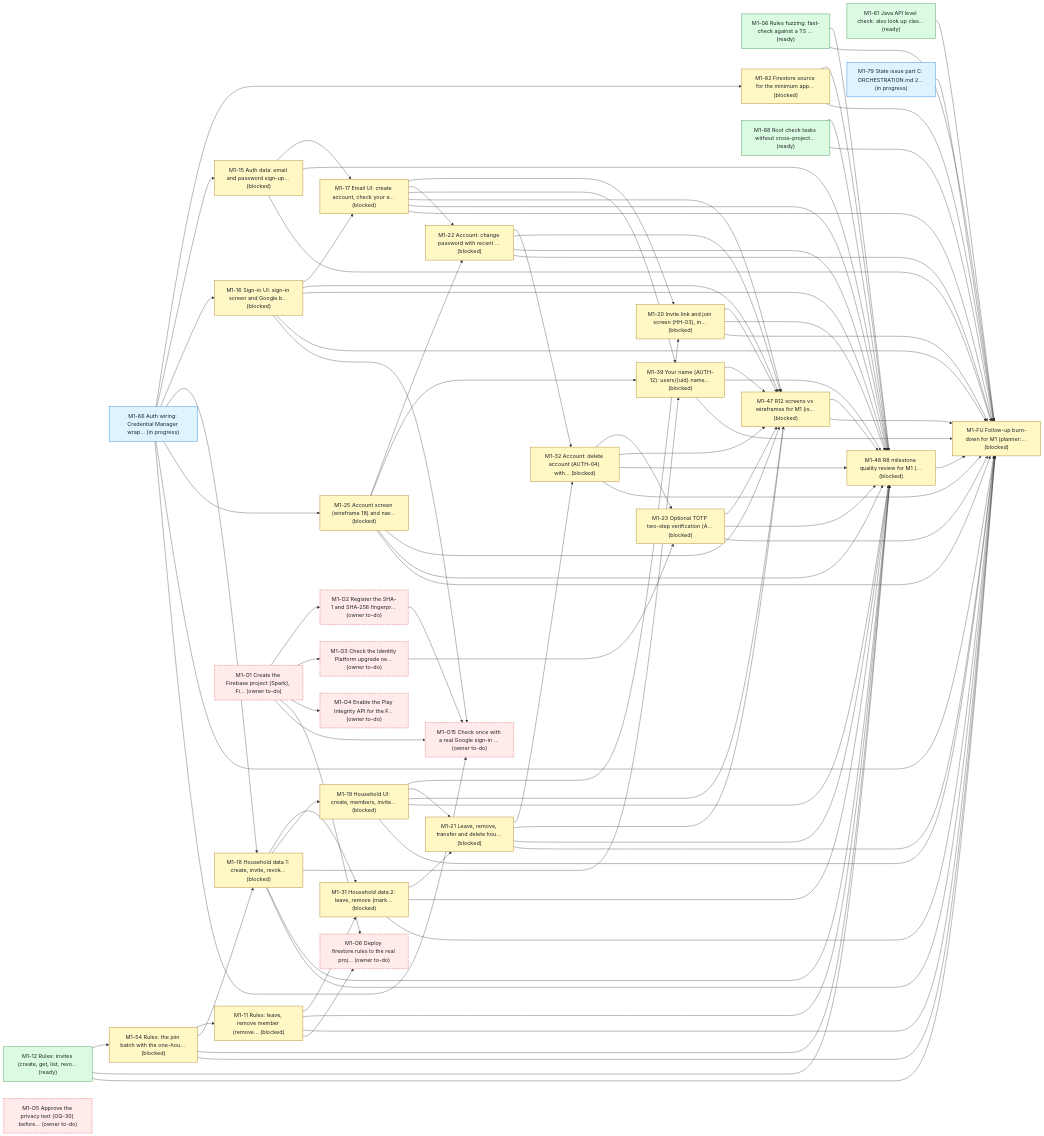
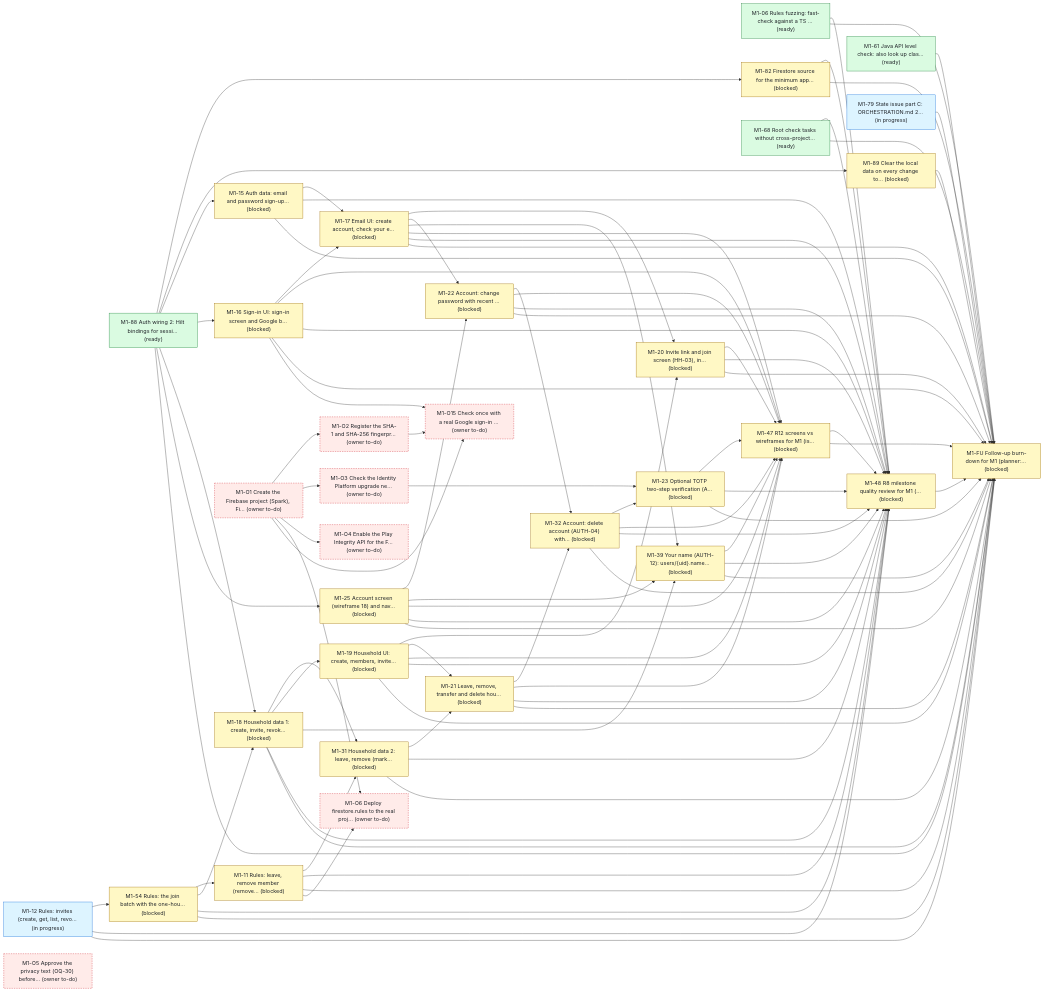
Before and after one commit to bondo/listicles2: the first of 3 diagrams in status.md, drawn with Mermaid. The commit also changed other lines of this file and 3 other files, not shown here.

```diff
--- a/status.md
+++ b/status.md
@@ -227,125 +229,127 @@
 flowchart LR
     n0["M1-06 Rules fuzzing: fast-check against a TS … (ready)"]:::ready
     n1["M1-11 Rules: leave, remove member (remove… (blocked)"]:::blocked
-    n2["M1-12 Rules: invites (create, get, list, revo… (ready)"]:::ready
+    n2["M1-12 Rules: invites (create, get, list, revo… (in progress)"]:::progress
     n3["M1-82 Firestore source for the minimum app… (blocked)"]:::blocked
-    n4["M1-66 Auth wiring: Credential Manager wrap… (in progress)"]:::progress
-    n5["M1-15 Auth data: email and password sign-up… (blocked)"]:::blocked
-    n6["M1-16 Sign-in UI: sign-in screen and Google b… (blocked)"]:::blocked
-    n7["M1-17 Email UI: create account, check your e… (blocked)"]:::blocked
-    n8["M1-18 Household data 1: create, invite, revok… (blocked)"]:::blocked
-    n9["M1-31 Household data 2: leave, remove (mark… (blocked)"]:::blocked
-    n10["M1-19 Household UI: create, members, invite… (blocked)"]:::blocked
-    n11["M1-20 Invite link and join screen (HH-03), in… (blocked)"]:::blocked
-    n12["M1-21 Leave, remove, transfer and delete hou… (blocked)"]:::blocked
-    n13["M1-22 Account: change password with recent … (blocked)"]:::blocked
-    n14["M1-32 Account: delete account (AUTH-04) with… (blocked)"]:::blocked
-    n15["M1-23 Optional TOTP two-step verification (A… (blocked)"]:::blocked
-    n16["M1-25 Account screen (wireframe 18) and nav… (blocked)"]:::blocked
-    n17["M1-54 Rules: the join batch with the one-hou… (blocked)"]:::blocked
-    n18["M1-61 Java API level check: also look up clas… (ready)"]:::ready
-    n19["M1-39 Your name (AUTH-12): users/{uid}.name… (blocked)"]:::blocked
-    n20["M1-68 Root check tasks without cross-project… (ready)"]:::ready
-    n21["M1-47 R12 screens vs wireframes for M1 (is… (blocked)"]:::blocked
-    n22["M1-48 R8 milestone quality review for M1 (… (blocked)"]:::blocked
-    n23["M1-79 State issue part C: ORCHESTRATION.md 2… (in progress)"]:::progress
-    n24["M1-FU Follow-up burn-down for M1 (planner:… (blocked)"]:::blocked
-    n25["M1-O1 Create the Firebase project (Spark), Fi… (owner to-do)"]:::owner
-    n26["M1-O2 Register the SHA-1 and SHA-256 fingerpr… (owner to-do)"]:::owner
-    n27["M1-O3 Check the Identity Platform upgrade ne… (owner to-do)"]:::owner
-    n28["M1-O4 Enable the Play Integrity API for the F… (owner to-do)"]:::owner
-    n29["M1-O5 Approve the privacy text (OQ-30) before… (owner to-do)"]:::owner
-    n30["M1-O6 Deploy firestore.rules to the real proj… (owner to-do)"]:::owner
-    n31["M1-O15 Check once with a real Google sign-in … (owner to-do)"]:::owner
-    n17 --> n1
+    n4["M1-88 Auth wiring 2: Hilt bindings for sessi… (ready)"]:::ready
+    n5["M1-89 Clear the local data on every change to… (blocked)"]:::blocked
+    n6["M1-15 Auth data: email and password sign-up… (blocked)"]:::blocked
+    n7["M1-16 Sign-in UI: sign-in screen and Google b… (blocked)"]:::blocked
+    n8["M1-17 Email UI: create account, check your e… (blocked)"]:::blocked
+    n9["M1-18 Household data 1: create, invite, revok… (blocked)"]:::blocked
+    n10["M1-31 Household data 2: leave, remove (mark… (blocked)"]:::blocked
+    n11["M1-19 Household UI: create, members, invite… (blocked)"]:::blocked
+    n12["M1-20 Invite link and join screen (HH-03), in… (blocked)"]:::blocked
+    n13["M1-21 Leave, remove, transfer and delete hou… (blocked)"]:::blocked
+    n14["M1-22 Account: change password with recent … (blocked)"]:::blocked
+    n15["M1-32 Account: delete account (AUTH-04) with… (blocked)"]:::blocked
+    n16["M1-23 Optional TOTP two-step verification (A… (blocked)"]:::blocked
+    n17["M1-25 Account screen (wireframe 18) and nav… (blocked)"]:::blocked
+    n18["M1-54 Rules: the join batch with the one-hou… (blocked)"]:::blocked
+    n19["M1-61 Java API level check: also look up clas… (ready)"]:::ready
+    n20["M1-39 Your name (AUTH-12): users/{uid}.name… (blocked)"]:::blocked
+    n21["M1-68 Root check tasks without cross-project… (ready)"]:::ready
+    n22["M1-47 R12 screens vs wireframes for M1 (is… (blocked)"]:::blocked
+    n23["M1-48 R8 milestone quality review for M1 (… (blocked)"]:::blocked
+    n24["M1-79 State issue part C: ORCHESTRATION.md 2… (in progress)"]:::progress
+    n25["M1-FU Follow-up burn-down for M1 (planner:… (blocked)"]:::blocked
+    n26["M1-O1 Create the Firebase project (Spark), Fi… (owner to-do)"]:::owner
+    n27["M1-O2 Register the SHA-1 and SHA-256 fingerpr… (owner to-do)"]:::owner
+    n28["M1-O3 Check the Identity Platform upgrade ne… (owner to-do)"]:::owner
+    n29["M1-O4 Enable the Play Integrity API for the F… (owner to-do)"]:::owner
+    n30["M1-O5 Approve the privacy text (OQ-30) before… (owner to-do)"]:::owner
+    n31["M1-O6 Deploy firestore.rules to the real proj… (owner to-do)"]:::owner
+    n32["M1-O15 Check once with a real Google sign-in … (owner to-do)"]:::owner
+    n18 --> n1
     n4 --> n3
     n4 --> n5
     n4 --> n6
-    n5 --> n7
-    n6 --> n7
-    n17 --> n8
-    n4 --> n8
-    n1 --> n9
-    n8 --> n9
-    n8 --> n10
-    n10 --> n11
-    n7 --> n11
-    n10 --> n12
-    n9 --> n12
-    n7 --> n13
-    n16 --> n13
-    n13 --> n14
-    n12 --> n14
+    n4 --> n7
+    n6 --> n8
+    n7 --> n8
+    n18 --> n9
+    n4 --> n9
+    n1 --> n10
+    n9 --> n10
+    n9 --> n11
+    n11 --> n12
+    n8 --> n12
+    n11 --> n13
+    n10 --> n13
+    n8 --> n14
+    n17 --> n14
     n14 --> n15
-    n27 --> n15
-    n4 --> n16
-    n2 --> n17
-    n8 --> n19
-    n7 --> n19
-    n16 --> n19
-    n6 --> n21
-    n7 --> n21
-    n10 --> n21
-    n11 --> n21
-    n12 --> n21
-    n13 --> n21
-    n15 --> n21
-    n16 --> n21
-    n14 --> n21
-    n19 --> n21
-    n0 --> n22
-    n1 --> n22
-    n2 --> n22
-    n5 --> n22
-    n6 --> n22
+    n13 --> n15
+    n15 --> n16
+    n28 --> n16
+    n4 --> n17
+    n2 --> n18
+    n9 --> n20
+    n8 --> n20
+    n17 --> n20
     n7 --> n22
     n8 --> n22
-    n10 --> n22
     n11 --> n22
     n12 --> n22
     n13 --> n22
+    n14 --> n22
+    n16 --> n22
+    n17 --> n22
     n15 --> n22
-    n16 --> n22
-    n9 --> n22
-    n14 --> n22
-    n19 --> n22
-    n21 --> n22
-    n17 --> n22
     n20 --> n22
-    n3 --> n22
-    n0 --> n24
-    n1 --> n24
-    n2 --> n24
-    n5 --> n24
-    n6 --> n24
-    n7 --> n24
-    n8 --> n24
-    n10 --> n24
-    n11 --> n24
-    n12 --> n24
-    n13 --> n24
-    n15 --> n24
-    n16 --> n24
-    n9 --> n24
-    n14 --> n24
-    n19 --> n24
-    n21 --> n24
-    n22 --> n24
-    n17 --> n24
-    n18 --> n24
-    n4 --> n24
-    n20 --> n24
-    n23 --> n24
-    n3 --> n24
-    n25 --> n26
-    n25 --> n27
-    n25 --> n28
-    n25 --> n30
-    n1 --> n30
-    n25 --> n31
+    n0 --> n23
+    n1 --> n23
+    n2 --> n23
+    n6 --> n23
+    n7 --> n23
+    n8 --> n23
+    n9 --> n23
+    n11 --> n23
+    n12 --> n23
+    n13 --> n23
+    n14 --> n23
+    n16 --> n23
+    n17 --> n23
+    n10 --> n23
+    n15 --> n23
+    n20 --> n23
+    n22 --> n23
+    n18 --> n23
+    n21 --> n23
+    n3 --> n23
+    n4 --> n25
+    n5 --> n25
+    n0 --> n25
+    n1 --> n25
+    n2 --> n25
+    n6 --> n25
+    n7 --> n25
+    n8 --> n25
+    n9 --> n25
+    n11 --> n25
+    n12 --> n25
+    n13 --> n25
+    n14 --> n25
+    n16 --> n25
+    n17 --> n25
+    n10 --> n25
+    n15 --> n25
+    n20 --> n25
+    n22 --> n25
+    n23 --> n25
+    n18 --> n25
+    n19 --> n25
+    n21 --> n25
+    n24 --> n25
+    n3 --> n25
+    n26 --> n27
+    n26 --> n28
+    n26 --> n29
     n26 --> n31
-    n4 --> n31
-    n6 --> n31
+    n1 --> n31
+    n26 --> n32
+    n27 --> n32
+    n7 --> n32
     classDef ready fill:#dafbe1,stroke:#1a7f37,color:#1f2328
     classDef progress fill:#ddf4ff,stroke:#0969da,color:#1f2328
     classDef blocked fill:#fff8c5,stroke:#9a6700,color:#1f2328
```
